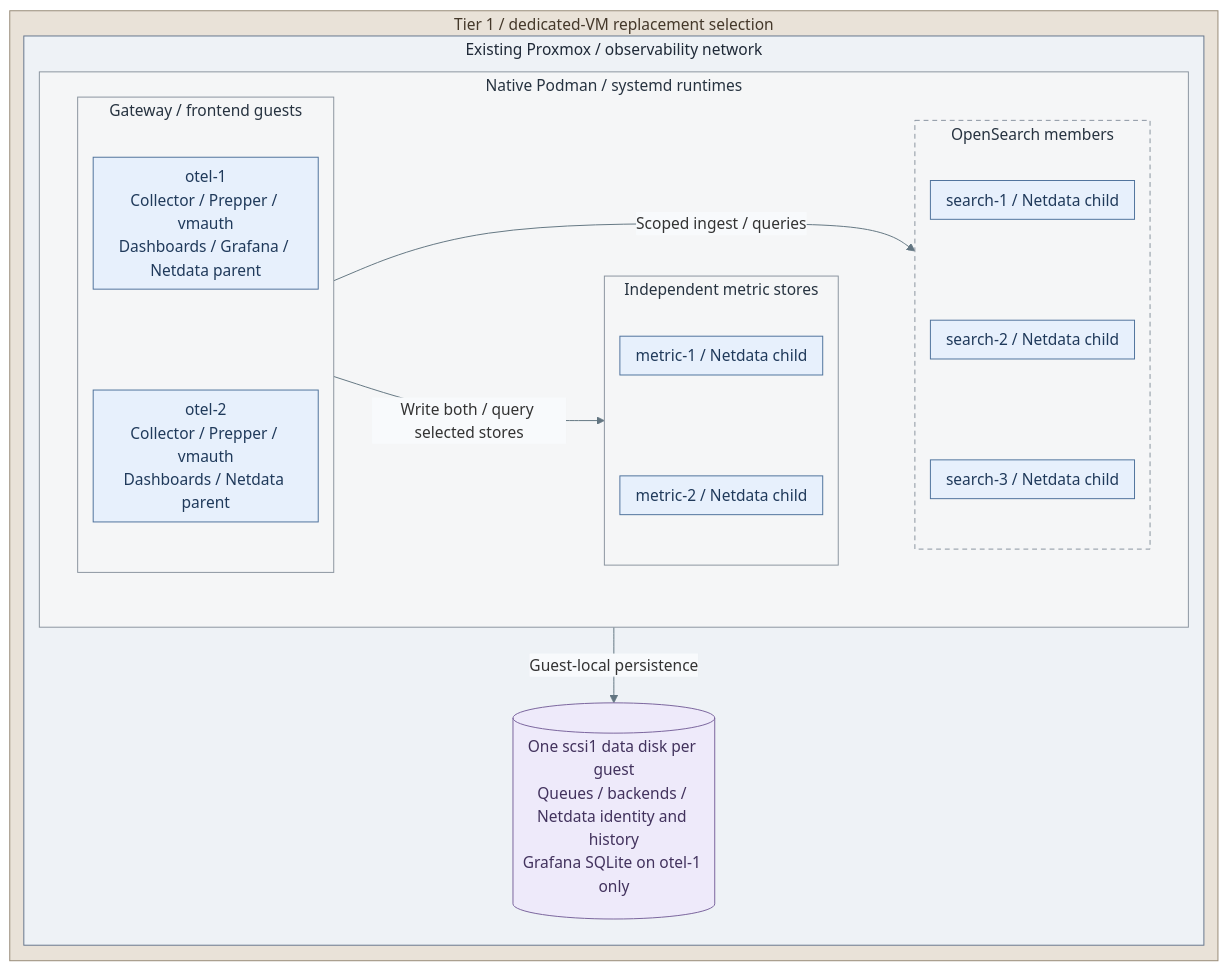
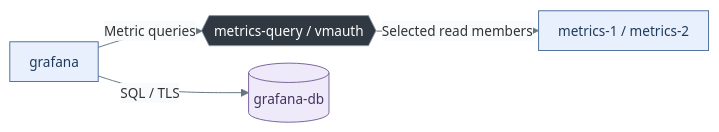
One commit to Rexus/homelab changed the third of 5 diagrams in docs/05-operations/06-resilience/observability.md. Above: the diagram before and after it, drawn with Mermaid. The commit also changed other lines of this file and 124 other files, not shown here.

First line of the commit message:
fix(platform): align service diagrams and directory failover

````diff
--- a/docs/05-operations/06-resilience/observability.md
+++ b/docs/05-operations/06-resilience/observability.md
@@ -121,49 +211,18 @@
 ```mermaid
-%%{init: {"theme":"base","flowchart":{"nodeSpacing":12,"rankSpacing":4,"padding":8,"subGraphTitleMargin":{"top":2,"bottom":8}},"themeVariables":{"lineColor":"#627581","edgeLabelBackground":"#f8fafc"}}}%%
-flowchart TB
-  subgraph T1["Tier 1 / dedicated-VM replacement selection"]
-    subgraph PVE["Existing Proxmox / observability network"]
-      direction TB
-      subgraph Services["Native Podman / systemd runtimes"]
-        direction LR
-        subgraph Gateways["Gateway / frontend guests"]
-          direction TB
-          O1["otel-1<br/>Collector / Prepper / vmauth<br/>Dashboards / Grafana / Netdata parent"]
-          O2["otel-2<br/>Collector / Prepper / vmauth<br/>Dashboards / Netdata parent"]
-          O1 ~~~ O2
-        end
-        subgraph Metrics["Independent metric stores"]
-          direction TB
-          M1["metric-1 / Netdata child"]
-          M2["metric-2 / Netdata child"]
-          M1 ~~~ M2
-        end
-        subgraph Search["OpenSearch members"]
-          direction TB
-          S1["search-1 / Netdata child"]
-          S2["search-2 / Netdata child"]
-          S3["search-3 / Netdata child"]
-          S1 ~~~ S2 ~~~ S3
-        end
-        Gateways -->|Write both / query selected stores| Metrics
-        Gateways -->|Scoped ingest / queries| Search
-        Metrics ~~~ Search
-      end
-      Disks[("One scsi1 data disk per guest<br/>Queues / backends / Netdata identity and history<br/>Grafana SQLite on otel-1 only")]
-      Services -->|Guest-local persistence| Disks
-    end
-  end
+%%{init: {"theme":"base","flowchart":{"nodeSpacing":18,"rankSpacing":12,"padding":10,"subGraphTitleMargin":{"top":6,"bottom":16}},"themeVariables":{"lineColor":"#627581","edgeLabelBackground":"#f8fafc","fontFamily":"Arial, sans-serif","fontSize":"14px"},"fontFamily":"Arial, sans-serif"}}%%
+flowchart LR
+  Grafana["grafana"]
+  Query{{"metrics-query / vmauth"}}
+  Metrics["metrics-1 / metrics-2"]
+  DB[("grafana-db")]
+  Grafana -->|Metric queries| Query
+  Query -->|Selected read members| Metrics
+  Grafana -->|SQL / TLS| DB
   classDef default fill:#f8fafc,stroke:#64748b,color:#1f2937
   classDef services fill:#e7f0fc,stroke:#4d719b,color:#203a5b
-  classDef boundary fill:#eef2f6,stroke:#64748b,color:#1f2937
-  classDef replicas fill:#f5f6f7,stroke:#89939e,color:#273340,stroke-dasharray:5 4
   classDef data fill:#eeeafa,stroke:#78639b,color:#42325d
-  class O1,O2,M1,M2,S1,S2,S3 services
-  class PVE boundary
-  classDef group fill:#f5f6f7,stroke:#89939e,color:#273340
-  class Services,Gateways,Metrics group
-  class Search replicas
-  class Disks data
-  classDef tier1 fill:#e9e2d8,stroke:#968976,color:#44382a
-  class T1 tier1
+  classDef traffic fill:#303841,stroke:#8a9baa,color:#ffffff
+  class Grafana,Metrics services
+  class Query traffic
+  class DB data
 ```
````
